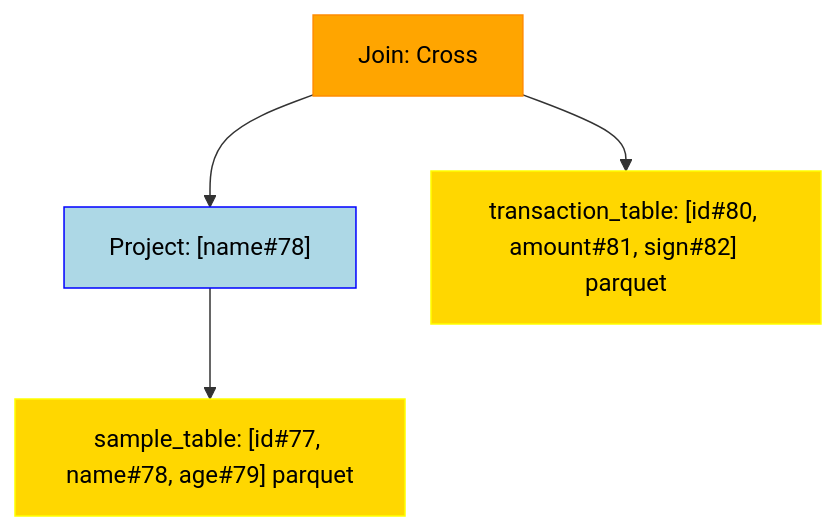
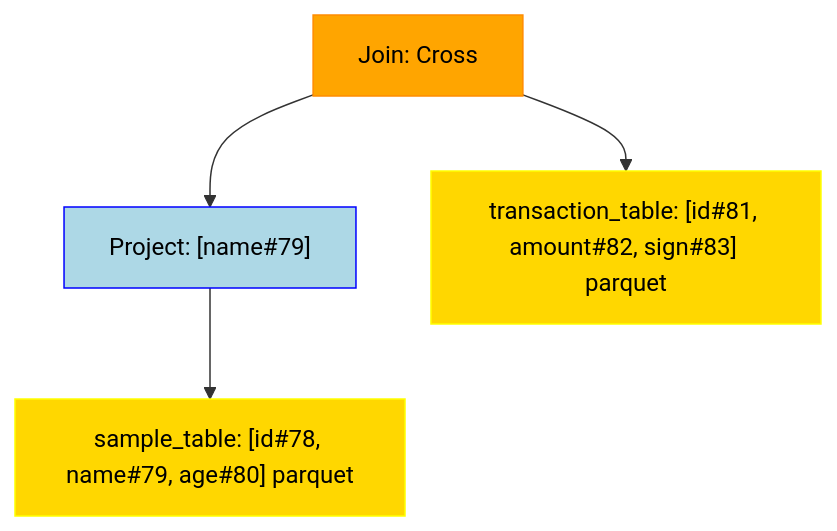
One commit to NielkNetraam/explainalyzed changed the diagram in data/visualization/join_cross.mmd. Above: the diagram before and after it, drawn with Mermaid. The commit also changed 61 other files, not shown here.

```diff
--- a/data/visualization/join_cross.mmd
+++ b/data/visualization/join_cross.mmd
@@ -1,17 +1,17 @@
 flowchart TD
     classDef PROJECT stroke:Blue,fill:LightBlue,color:black
     classDef FILTER stroke:Green,fill:LightGreen,color:black
     classDef UNION stroke:Purple,fill:Violet,color:black
     classDef JOIN stroke:DarkOrange,fill:Orange,color:black
     classDef RELATION stroke:Yellow,fill:Gold,color:black
     classDef AGGREGATE stroke:Brown,fill:Chocolate,color:black
     classDef WINDOW stroke:Aqua,fill:Cyan,color:black
 
     Join#00001["Join: Cross"]:::JOIN
-    Project#00002["Project: [name#78]"]:::PROJECT
-    Relation#00003["sample_table: [id#77, name#78, age#79] parquet"]:::RELATION
-    Relation#00004["transaction_table: [id#80, amount#81, sign#82] parquet"]:::RELATION
+    Project#00002["Project: [name#79]"]:::PROJECT
+    Relation#00003["sample_table: [id#78, name#79, age#80] parquet"]:::RELATION
+    Relation#00004["transaction_table: [id#81, amount#82, sign#83] parquet"]:::RELATION
 
     Join#00001 --> Project#00002
         Project#00002 --> Relation#00003
     Join#00001 --> Relation#00004
```
